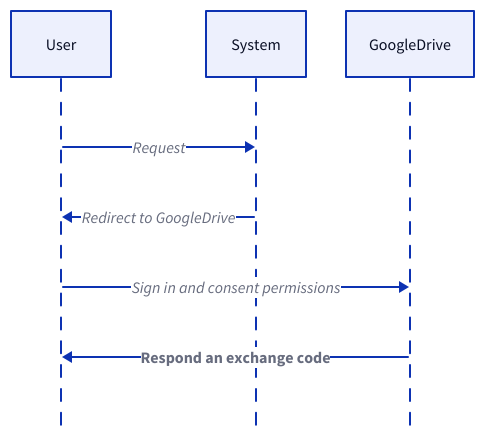
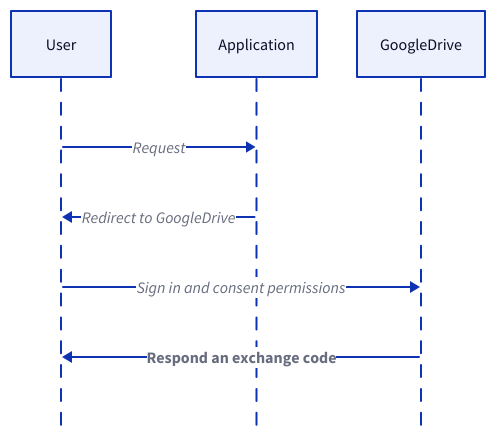
Before and after one commit to link1905/system-design-101: diagram 22 of 25 in content/docs/system-administration/system-protection/iam.md, drawn with D2. The commit also changed other lines of this file and 17 other files, not shown here.

````diff
--- a/content/docs/system-administration/system-protection/iam.md
+++ b/content/docs/system-administration/system-protection/iam.md
@@ -756,18 +805,18 @@
 ```d2
 shape: sequence_diagram
 u: User {
   class: client
 }
-s: System {
+s: Application {
   class: server
 }
 g: GoogleDrive {
   class: google
 }
 u -> s: Request
 s -> u: Redirect to GoogleDrive
 u -> g: Sign in and consent permissions
 g -> u: Respond an exchange code {
   style.bold: true
 }
 ```
````
